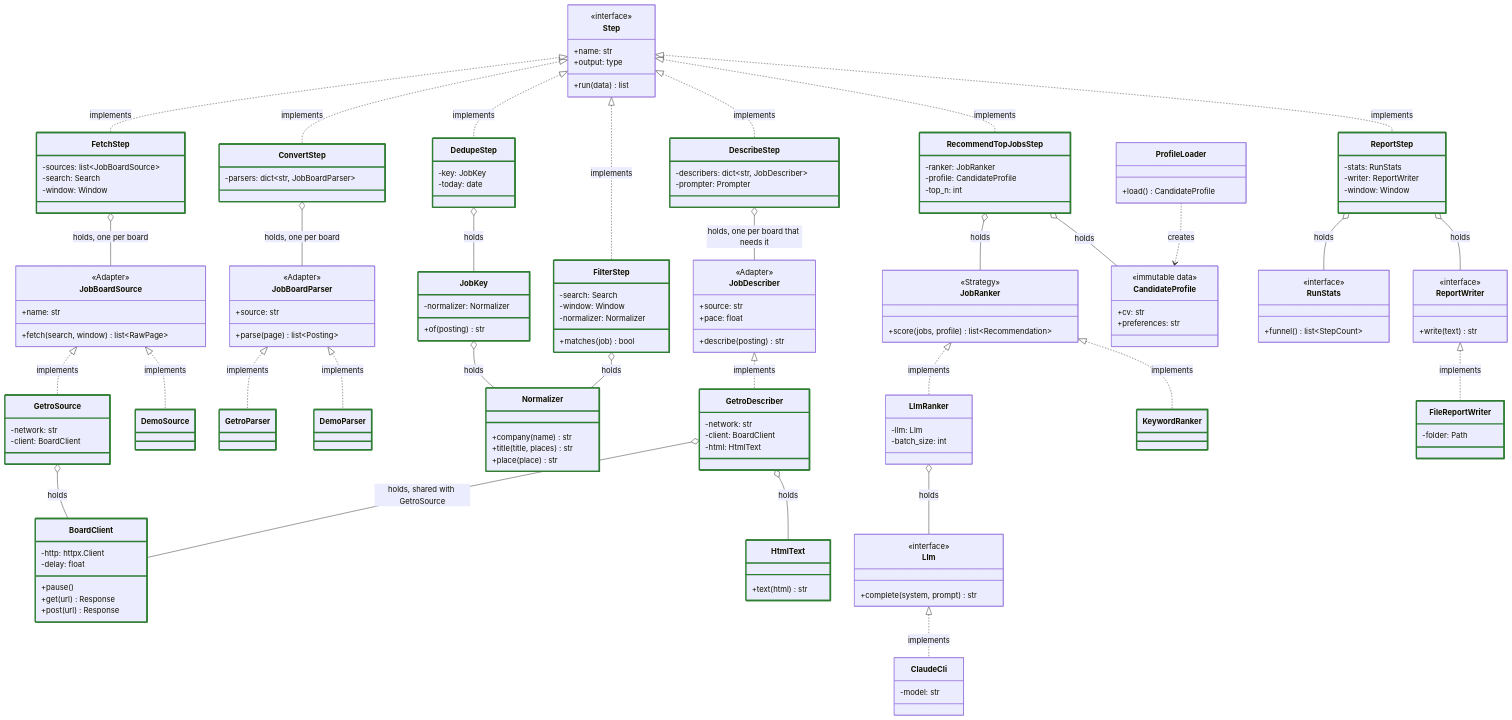
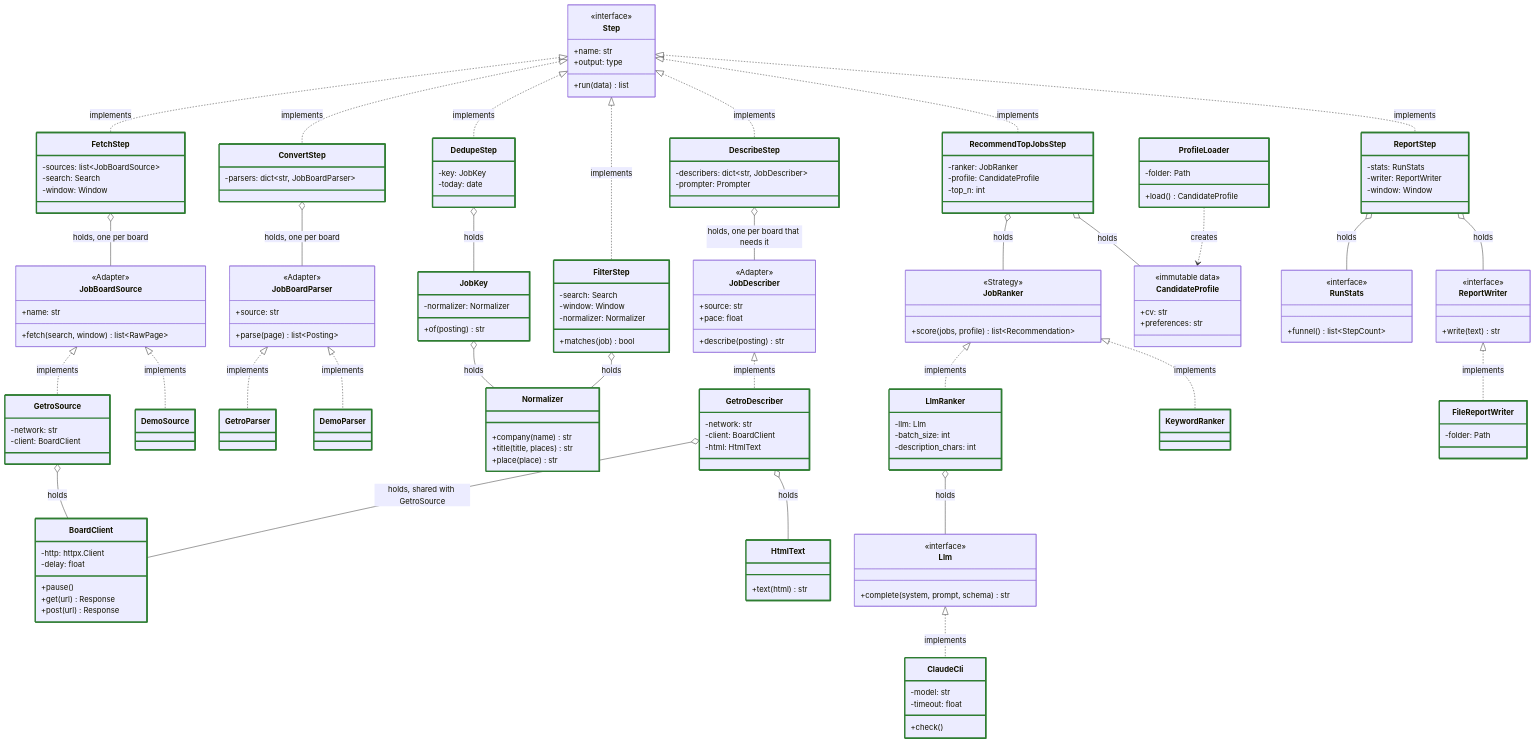
One commit to adailida/job-radar changed the third of 5 diagrams in docs/architecture.md. Above: the diagram before and after it, drawn with Mermaid. The commit also changed other lines of this file and 11 other files, not shown here.

````diff
--- a/docs/architecture.md
+++ b/docs/architecture.md
@@ -256,16 +256,20 @@
     class LlmRanker {
         -llm: Llm
         -batch_size: int
+        -description_chars: int
     }
     class KeywordRanker
     class Llm {
         <<interface>>
-        +complete(system, prompt) str
+        +complete(system, prompt, schema) str
     }
     class ClaudeCli {
         -model: str
+        -timeout: float
+        +check()
     }
     class ProfileLoader {
+        -folder: Path
         +load() CandidateProfile
     }
     class CandidateProfile {
@@ -340,4 +344,7 @@
     style GetroParser stroke:#2e7d32,stroke-width:3px
     style DemoParser stroke:#2e7d32,stroke-width:3px
     style KeywordRanker stroke:#2e7d32,stroke-width:3px
+    style LlmRanker stroke:#2e7d32,stroke-width:3px
+    style ClaudeCli stroke:#2e7d32,stroke-width:3px
+    style ProfileLoader stroke:#2e7d32,stroke-width:3px
 ```
````
